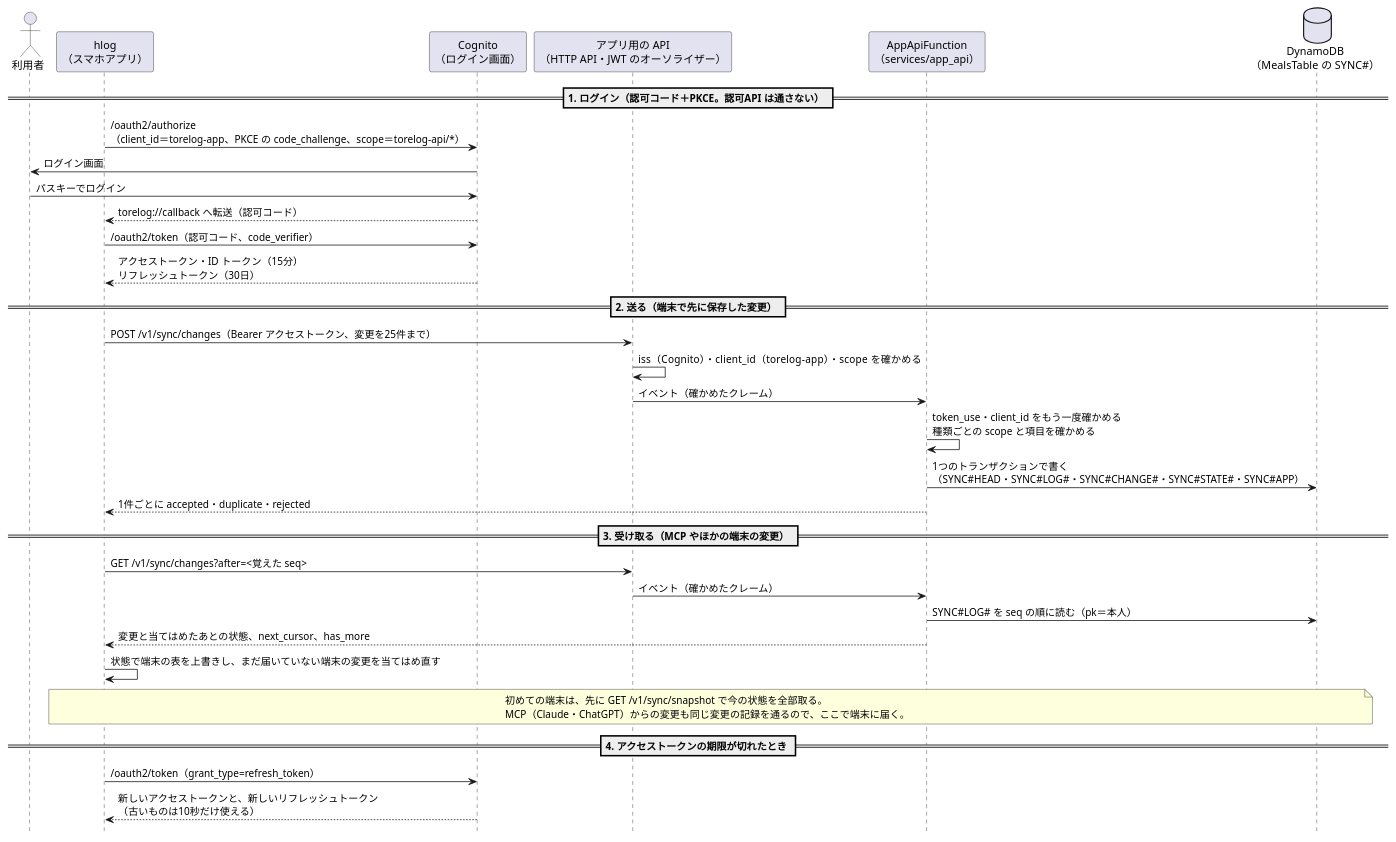
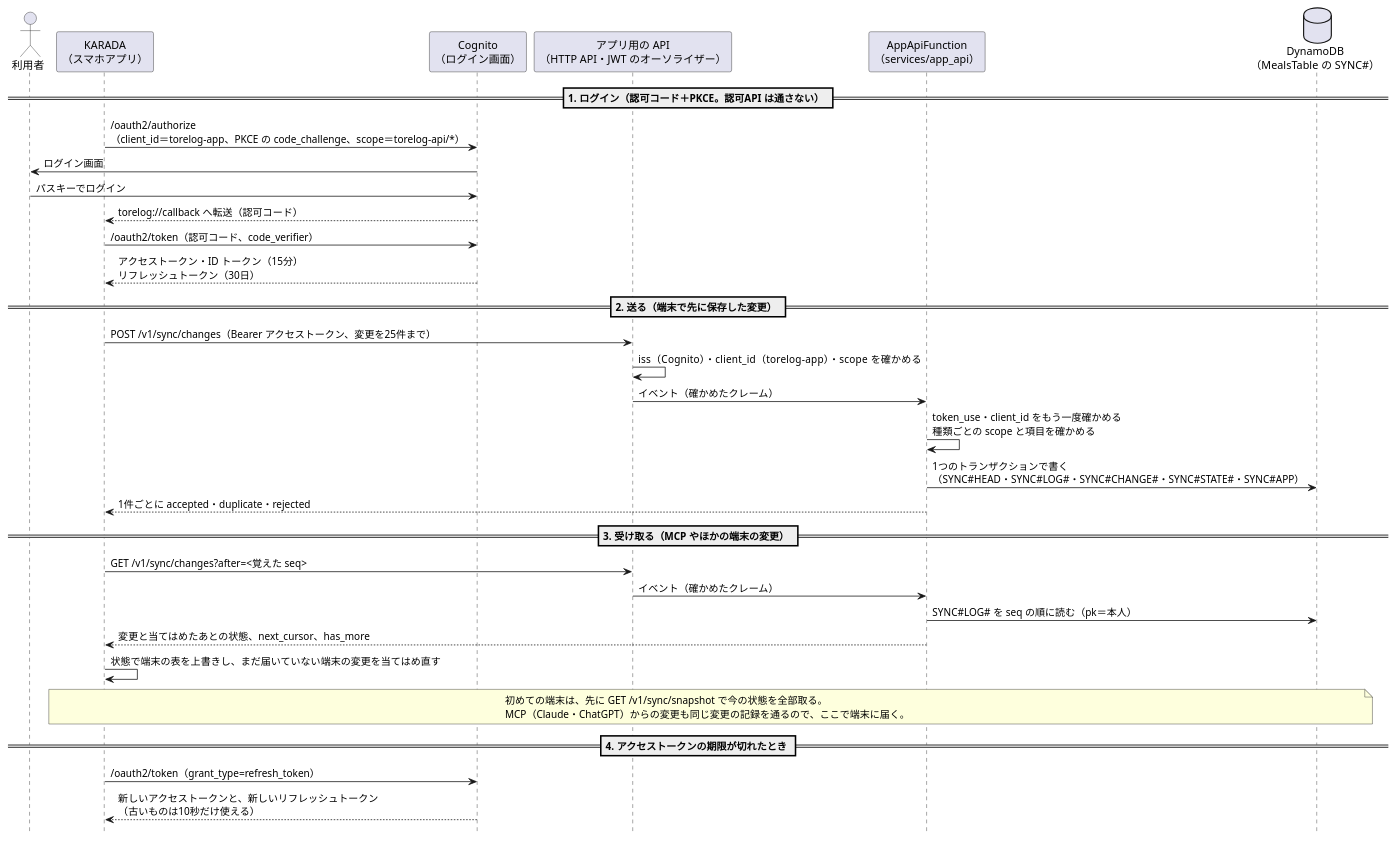
One commit to ykitaza/health-log changed the diagram in docs/sequence-app.puml. Above: the diagram before and after it, drawn with PlantUML. The commit also changed 70 other files, not shown here.

```diff
--- a/docs/sequence-app.puml
+++ b/docs/sequence-app.puml
@@ -1,46 +1,46 @@
 @startuml sequence-app
 skinparam defaultFontName "Hiragino Sans"
 skinparam shadowing false
 skinparam sequenceMessageAlign left
 skinparam BoxPadding 8
 hide footbox
 
 actor "利用者" as User
-participant "hlog\n（スマホアプリ）" as App
+participant "KARADA\n（スマホアプリ）" as App
 participant "Cognito\n（ログイン画面）" as Cognito
 participant "アプリ用の API\n（HTTP API・JWT のオーソライザー）" as Api
 participant "AppApiFunction\n（services/app_api）" as Fn
 database "DynamoDB\n（MealsTable の SYNC#）" as DB
 
 == 1. ログイン（認可コード＋PKCE。認可API は通さない） ==
 App -> Cognito : /oauth2/authorize\n（client_id＝torelog-app、PKCE の code_challenge、scope＝torelog-api/*）
 Cognito -> User : ログイン画面
 User -> Cognito : パスキーでログイン
 Cognito --> App : torelog://callback へ転送（認可コード）
 App -> Cognito : /oauth2/token（認可コード、code_verifier）
 Cognito --> App : アクセストークン・ID トークン（15分）\nリフレッシュトークン（30日）
 
 == 2. 送る（端末で先に保存した変更） ==
 App -> Api : POST /v1/sync/changes（Bearer アクセストークン、変更を25件まで）
 Api -> Api : iss（Cognito）・client_id（torelog-app）・scope を確かめる
 Api -> Fn : イベント（確かめたクレーム）
 Fn -> Fn : token_use・client_id をもう一度確かめる\n種類ごとの scope と項目を確かめる
 Fn -> DB : 1つのトランザクションで書く\n（SYNC#HEAD・SYNC#LOG#・SYNC#CHANGE#・SYNC#STATE#・SYNC#APP）
 Fn --> App : 1件ごとに accepted・duplicate・rejected
 
 == 3. 受け取る（MCP やほかの端末の変更） ==
 App -> Api : GET /v1/sync/changes?after=<覚えた seq>
 Api -> Fn : イベント（確かめたクレーム）
 Fn -> DB : SYNC#LOG# を seq の順に読む（pk＝本人）
 Fn --> App : 変更と当てはめたあとの状態、next_cursor、has_more
 App -> App : 状態で端末の表を上書きし、まだ届いていない端末の変更を当てはめ直す
 
 note over App, DB
 初めての端末は、先に GET /v1/sync/snapshot で今の状態を全部取る。
 MCP（Claude・ChatGPT）からの変更も同じ変更の記録を通るので、ここで端末に届く。
 end note
 
 == 4. アクセストークンの期限が切れたとき ==
 App -> Cognito : /oauth2/token（grant_type=refresh_token）
 Cognito --> App : 新しいアクセストークンと、新しいリフレッシュトークン\n（古いものは10秒だけ使える）
 @enduml
```
